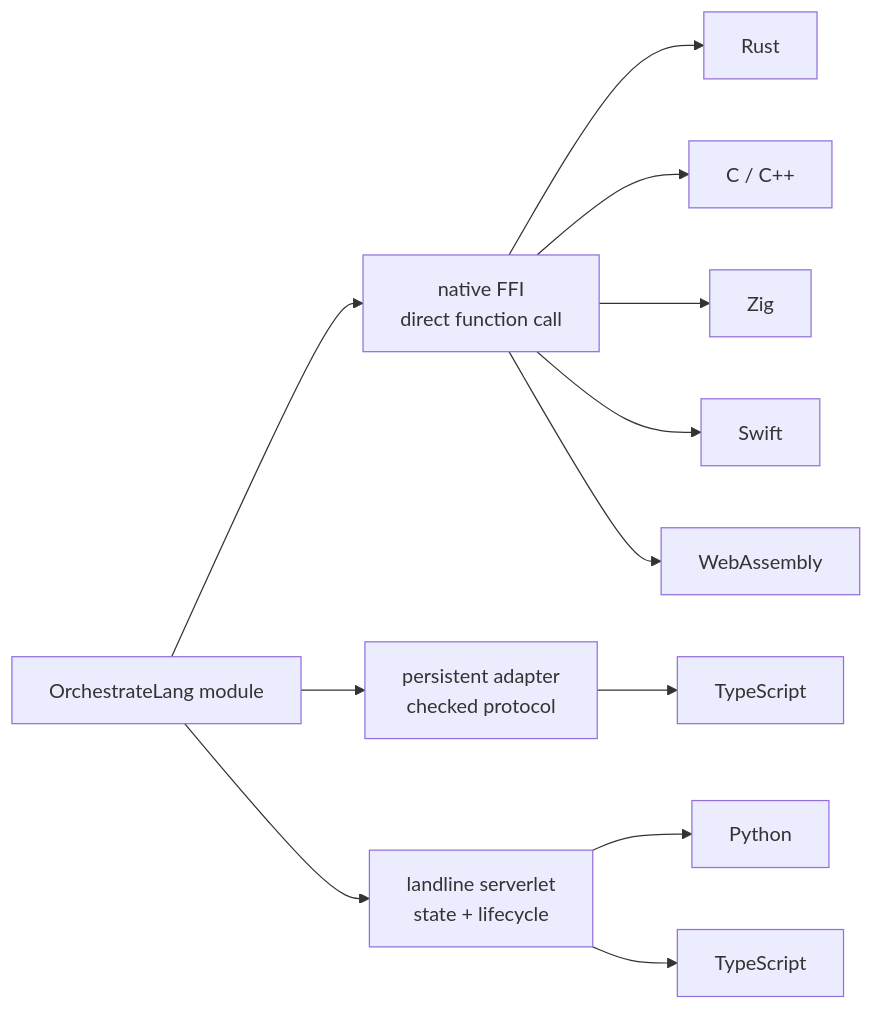
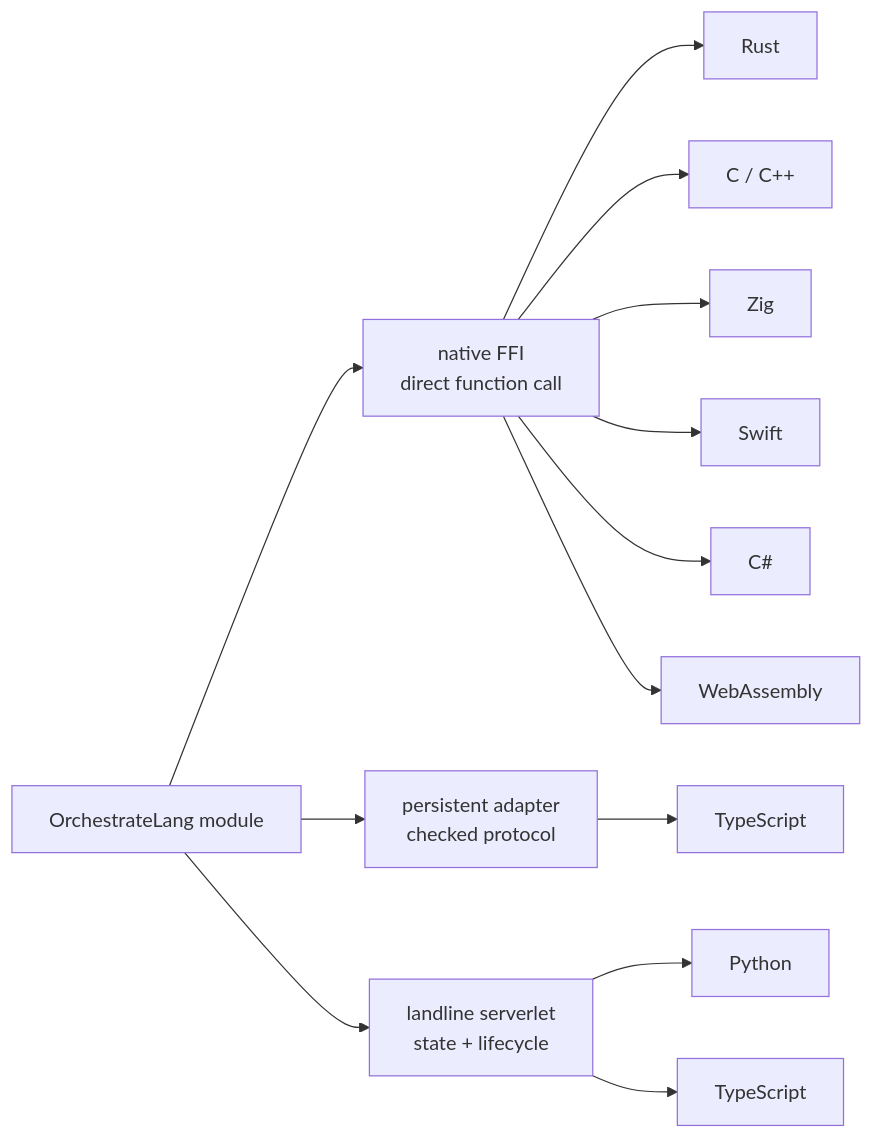
Before and after one commit to Immanuel-Fowler/OrchestrateLang: the third of 4 diagrams in README.md, drawn with Mermaid. The commit also changed other lines of this file and 12 other files, not shown here.

````diff
--- a/README.md
+++ b/README.md
@@ -74,20 +74,21 @@
 ```mermaid
 flowchart LR
     O["OrchestrateLang module"]
     F["native FFI<br/>direct function call"]
     P["persistent adapter<br/>checked protocol"]
     L["landline serverlet<br/>state + lifecycle"]
 
     O --> F
     O --> P
     O --> L
 
     F --> R["Rust"]
     F --> C["C / C++"]
     F --> Z["Zig"]
     F --> S["Swift"]
+    F --> CS["C#"]
     F --> W["WebAssembly"]
     P --> TSF["TypeScript"]
     L --> PY["Python"]
     L --> TSL["TypeScript"]
 ```
````
